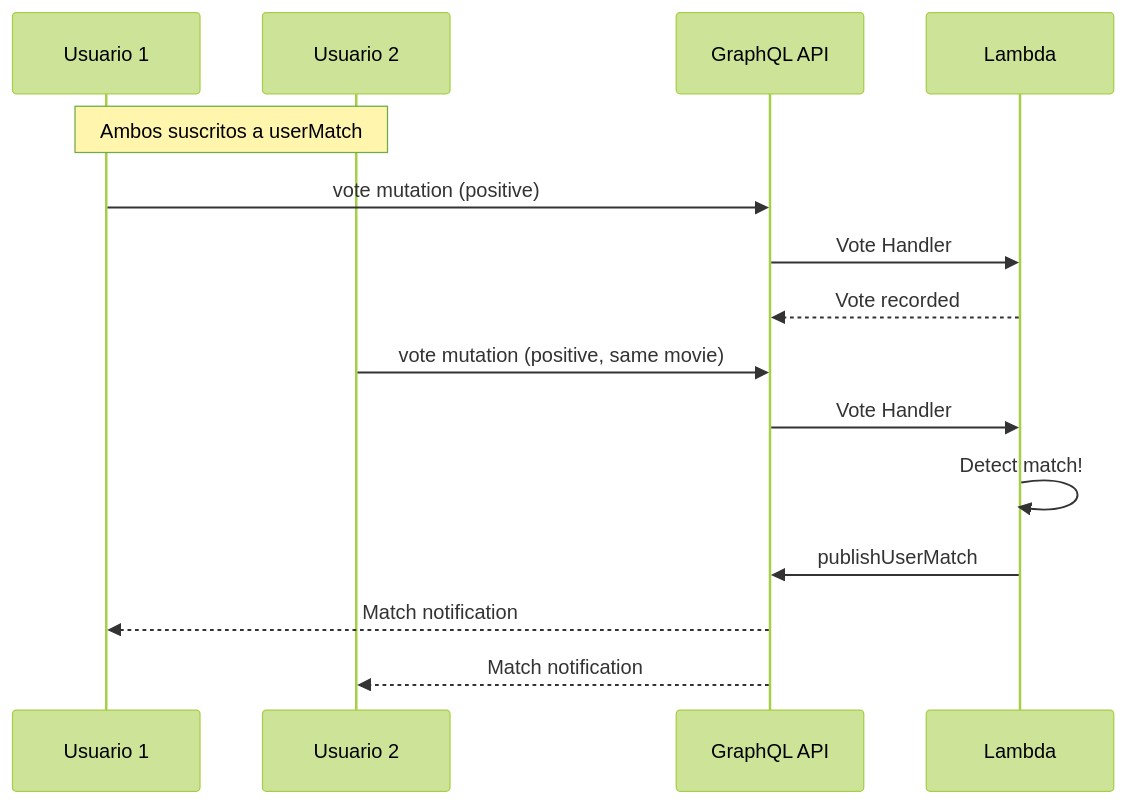
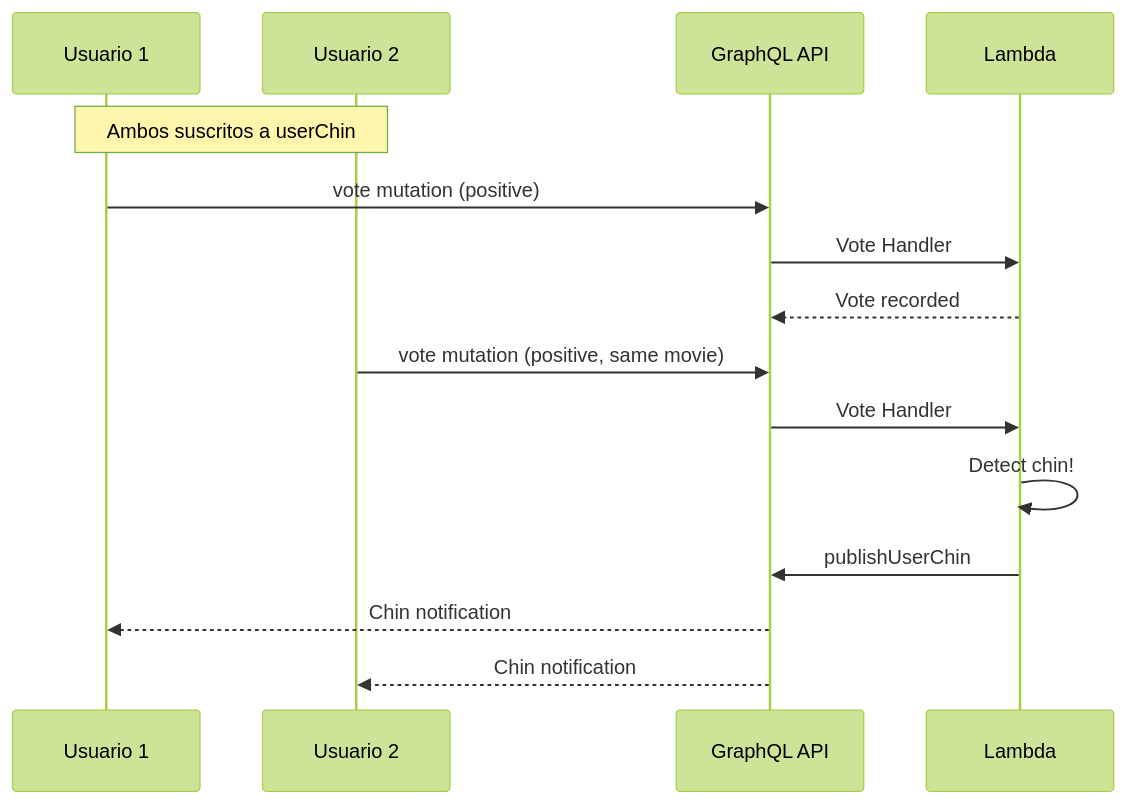
One commit to ibanezbetes/trinity-movie-voting changed the second of 2 diagrams in docs/technical/05-graphql-schema.md. Above: the diagram before and after it, drawn with Mermaid (forest theme). The commit also changed other lines of this file and 54 other files, not shown here.

````diff
--- a/docs/technical/05-graphql-schema.md
+++ b/docs/technical/05-graphql-schema.md
@@ -433,20 +433,20 @@
 ```mermaid
 sequenceDiagram
     participant U1 as Usuario 1
     participant U2 as Usuario 2
     participant GQL as GraphQL API
     participant L as Lambda
 
-    Note over U1,U2: Ambos suscritos a userMatch
+    Note over U1,U2: Ambos suscritos a userChin
 
     U1->>GQL: vote mutation (positive)
     GQL->>L: Vote Handler
     L-->>GQL: Vote recorded
 
     U2->>GQL: vote mutation (positive, same movie)
     GQL->>L: Vote Handler
-    L->>L: Detect match!
-    L->>GQL: publishUserMatch
-    GQL-->>U1: Match notification
-    GQL-->>U2: Match notification
+    L->>L: Detect chin!
+    L->>GQL: publishUserChin
+    GQL-->>U1: Chin notification
+    GQL-->>U2: Chin notification
 ```
````
